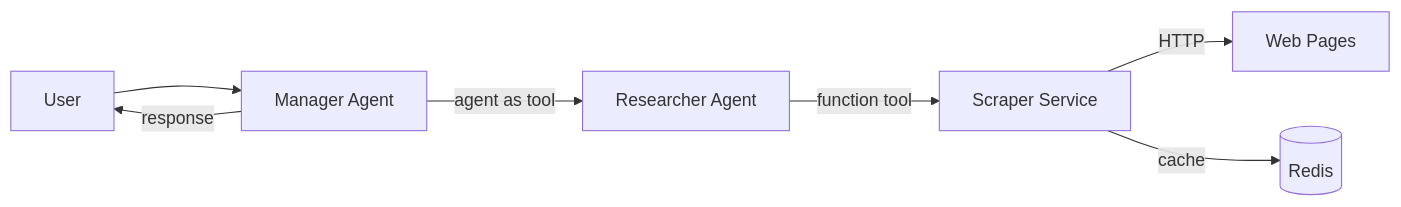
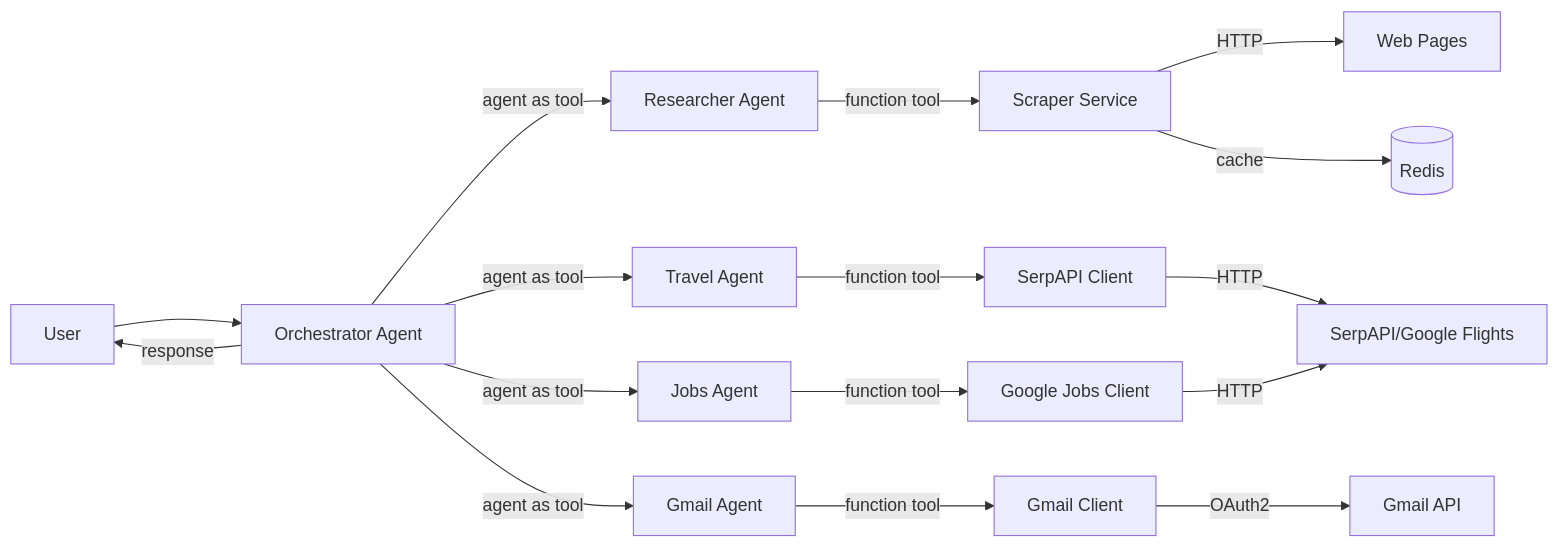
One commit to zeketx/AgentsSDK_OpenAI_Lab changed the first of 3 diagrams in architecture.md. Above: the diagram before and after it, drawn with Mermaid. The commit also changed other lines of this file and 12 other files, not shown here.

Commit message:
Implement Gmail management features with dedicated agent and tools

````diff
--- a/architecture.md
+++ b/architecture.md
@@ -3,9 +7,24 @@
 ```mermaid
 flowchart LR
-    user[User] --> manager[Manager Agent]
+    user[User] --> manager[Orchestrator Agent]
+    
     manager -->|agent as tool| researcher[Researcher Agent]
+    manager -->|agent as tool| travel[Travel Agent]
+    manager -->|agent as tool| jobs[Jobs Agent]
+    manager -->|agent as tool| gmail[Gmail Agent]
+    
     researcher -->|function tool| scraper[Scraper Service]
     scraper -->|HTTP| web[Web Pages]
     scraper -->|cache| redis[(Redis)]
+    
+    travel -->|function tool| serpapi[SerpAPI Client]
+    serpapi -->|HTTP| serpapi_service[SerpAPI/Google Flights]
+    
+    jobs -->|function tool| jobs_client[Google Jobs Client]
+    jobs_client -->|HTTP| serpapi_service
+    
+    gmail -->|function tool| gmail_client[Gmail Client]
+    gmail_client -->|OAuth2| gmail_api[Gmail API]
+    
     manager -->|response| user
 ```
````
